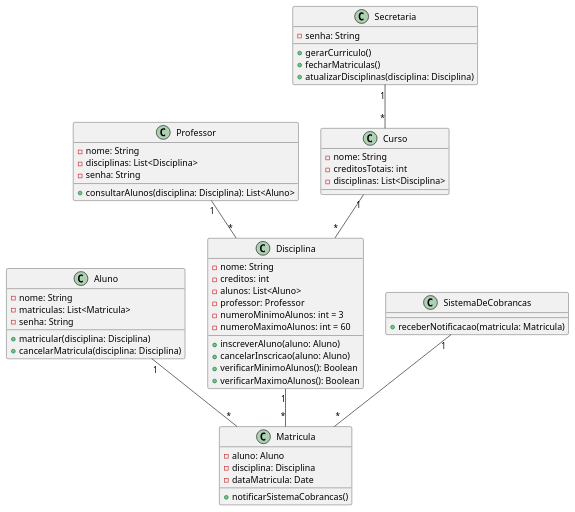
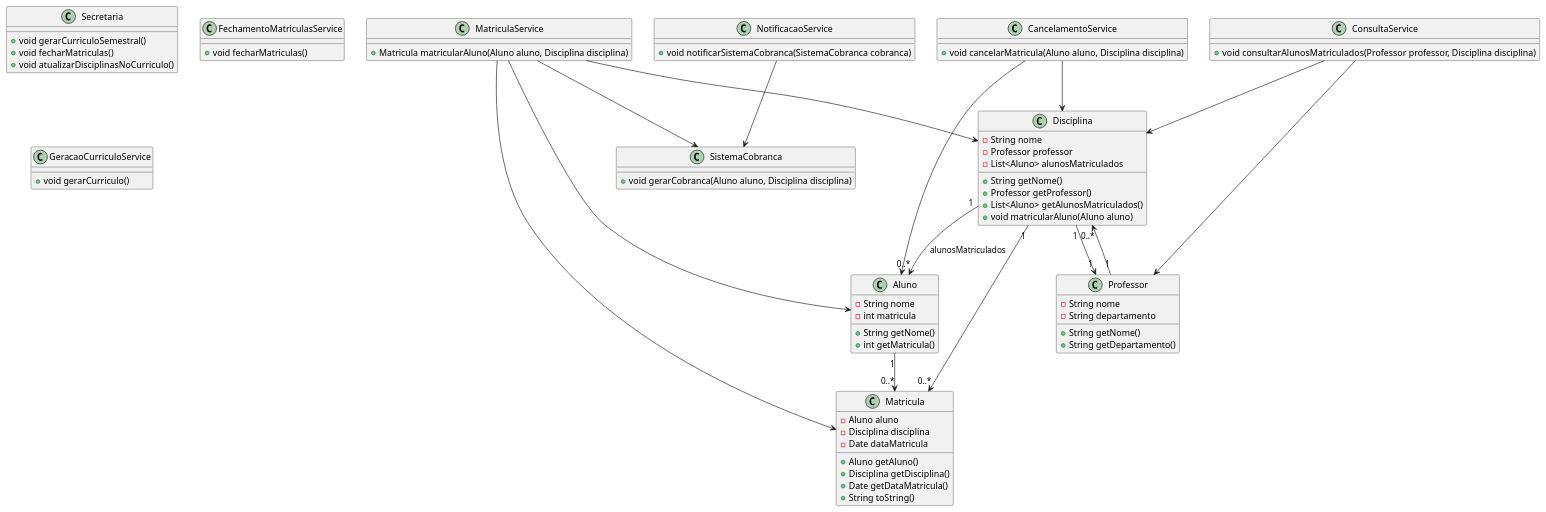
Before and after one commit to diascw/sistema-de-matricula: the diagram in project/diagramas/diagrama-de-classe.puml, drawn with PlantUML. The commit also changed 2 other files, not shown here.

```diff
--- a/project/diagramas/diagrama-de-classe.puml
+++ b/project/diagramas/diagrama-de-classe.puml
@@ -1,60 +1,86 @@
 @startuml
+
 class Aluno {
-  +matricular(disciplina: Disciplina)
-  +cancelarMatricula(disciplina: Disciplina)
-  -nome: String
-  -matriculas: List<Matricula>
-  -senha: String
+    - String nome
+    - int matricula
+    + String getNome()
+    + int getMatricula()
+}
+
+class Disciplina {
+    - String nome
+    - Professor professor
+    - List<Aluno> alunosMatriculados
+    + String getNome()
+    + Professor getProfessor()
+    + List<Aluno> getAlunosMatriculados()
+    + void matricularAluno(Aluno aluno)
 }
 
 class Professor {
-  +consultarAlunos(disciplina: Disciplina): List<Aluno>
-  -nome: String
-  -disciplinas: List<Disciplina>
-  -senha: String
+    - String nome
+    - String departamento
+    + String getNome()
+    + String getDepartamento()
+}
+
+class Matricula {
+    - Aluno aluno
+    - Disciplina disciplina
+    - Date dataMatricula
+    + Aluno getAluno()
+    + Disciplina getDisciplina()
+    + Date getDataMatricula()
+    + String toString()
+}
+
+class SistemaCobranca {
+    + void gerarCobranca(Aluno aluno, Disciplina disciplina)
 }
 
 class Secretaria {
-  +gerarCurriculo()
-  +fecharMatriculas()
-  +atualizarDisciplinas(disciplina: Disciplina)
-  -senha: String
+    + void gerarCurriculoSemestral()
+    + void fecharMatriculas()
+    + void atualizarDisciplinasNoCurriculo()
 }
 
-class Disciplina {
-  +inscreverAluno(aluno: Aluno)
-  +cancelarInscricao(aluno: Aluno)
-  +verificarMinimoAlunos(): Boolean
-  +verificarMaximoAlunos(): Boolean
-  -nome: String
-  -creditos: int
-  -alunos: List<Aluno>
-  -professor: Professor
-  -numeroMinimoAlunos: int = 3
-  -numeroMaximoAlunos: int = 60
+class MatriculaService {
+    + Matricula matricularAluno(Aluno aluno, Disciplina disciplina)
 }
 
-class Curso {
-  -nome: String
-  -creditosTotais: int
-  -disciplinas: List<Disciplina>
+class CancelamentoService {
+    + void cancelarMatricula(Aluno aluno, Disciplina disciplina)
 }
 
-class Matricula {
-  +notificarSistemaCobrancas()
-  -aluno: Aluno
-  -disciplina: Disciplina
-  -dataMatricula: Date
+class ConsultaService {
+    + void consultarAlunosMatriculados(Professor professor, Disciplina disciplina)
 }
 
-class SistemaDeCobrancas {
-  +receberNotificacao(matricula: Matricula)
+class FechamentoMatriculasService {
+    + void fecharMatriculas()
 }
 
-Aluno "1" -- "*" Matricula
-Professor "1" -- "*" Disciplina
-Secretaria "1" -- "*" Curso
-Curso "1" -- "*" Disciplina
-Disciplina "1" -- "*" Matricula
-SistemaDeCobrancas "1" -- "*" Matricula
+class GeracaoCurriculoService {
+    + void gerarCurriculo()
+}
+
+class NotificacaoService {
+    + void notificarSistemaCobranca(SistemaCobranca cobranca)
+}
+
+Aluno "1" --> "0..*" Matricula
+Disciplina "1" --> "0..*" Matricula
+Professor "1" --> "0..*" Disciplina
+Disciplina "1" --> "0..*" Aluno : "alunosMatriculados"
+Disciplina "1" --> "1" Professor
+MatriculaService --> Matricula
+MatriculaService --> SistemaCobranca
+MatriculaService --> Aluno
+MatriculaService --> Disciplina
+CancelamentoService --> Aluno
+CancelamentoService --> Disciplina
+ConsultaService --> Professor
+ConsultaService --> Disciplina
+NotificacaoService --> SistemaCobranca
+
 @enduml
```
